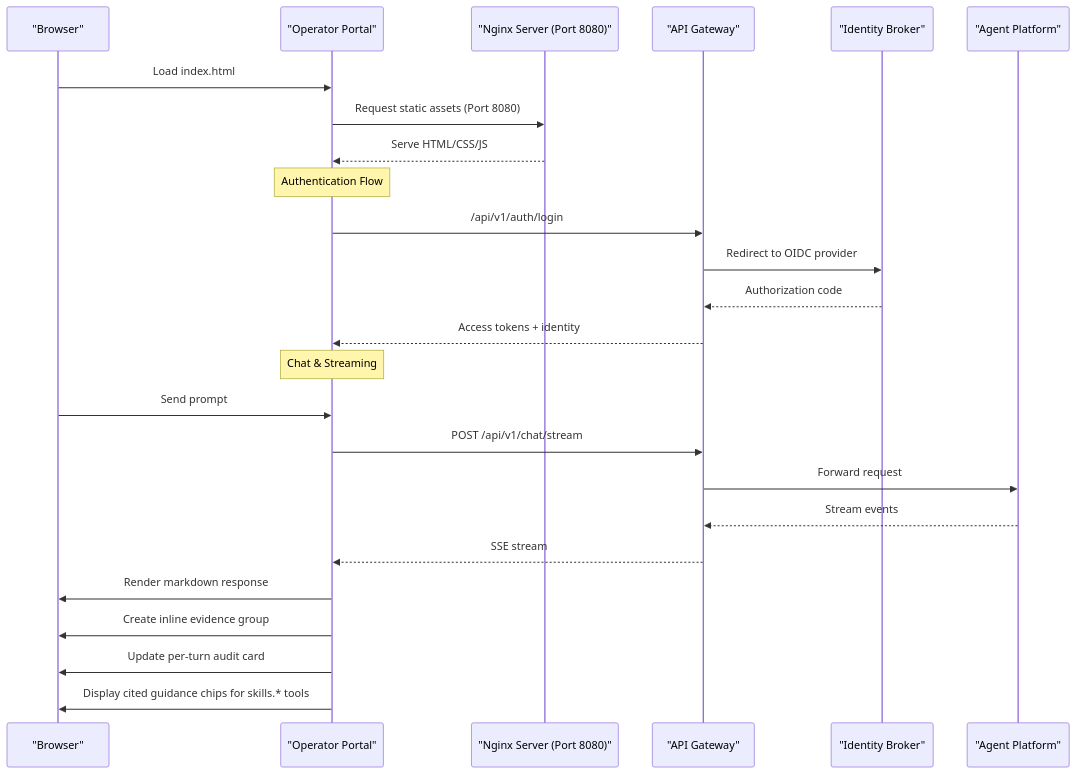
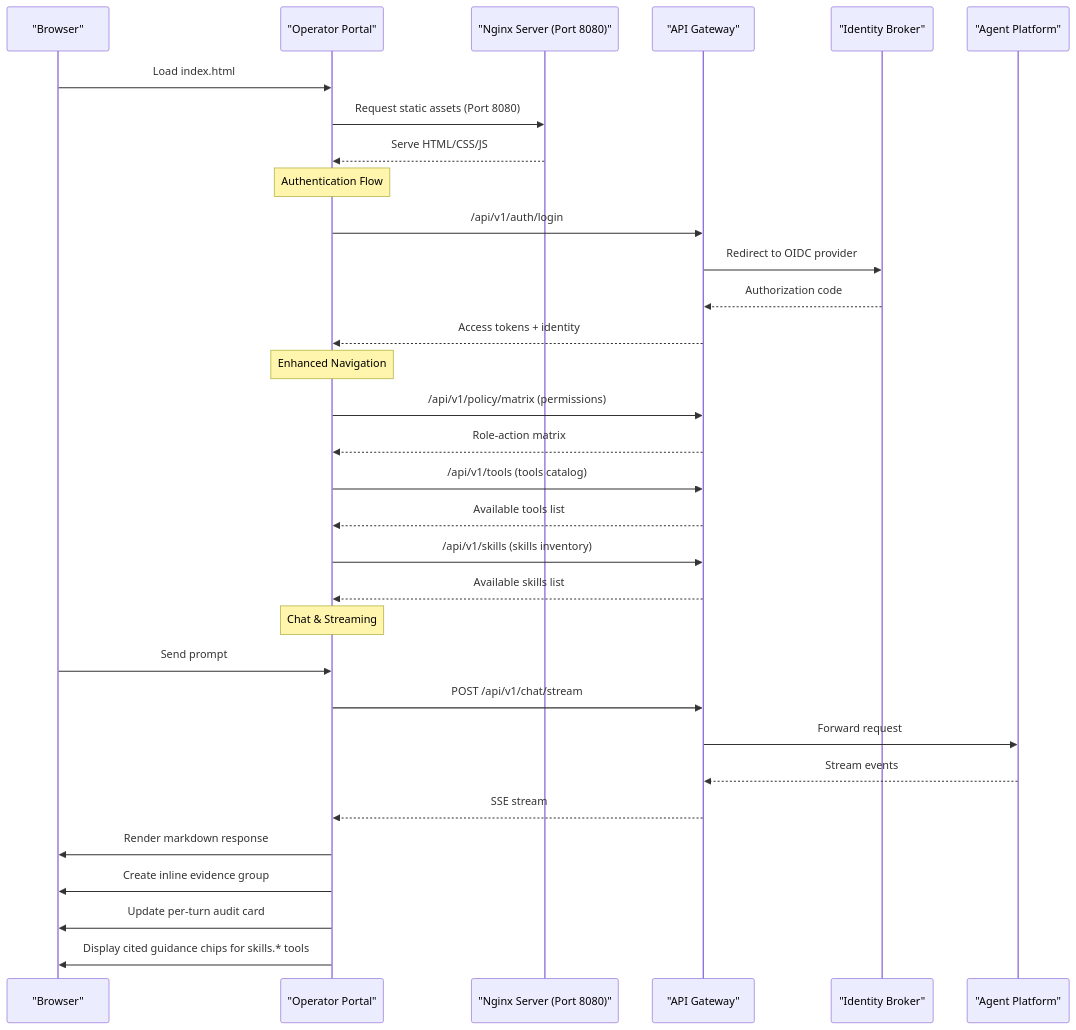
One commit to metasync/luban-aiops changed the second of 2 diagrams in .qoder/repowiki/en/content/Operator Portal.md. Above: the diagram before and after it, drawn with Mermaid. The commit also changed other lines of this file and 26 other files, not shown here.

Commit message:
docs: refresh repowiki knowledge cache for SPEC-019 portal transparency and navigation

````diff
--- a/.qoder/repowiki/en/content/Operator Portal.md
+++ b/.qoder/repowiki/en/content/Operator Portal.md
@@ -132,27 +142,34 @@
 ```mermaid
 sequenceDiagram
 participant User as "Browser"
 participant Portal as "Operator Portal"
 participant Nginx as "Nginx Server (Port 8080)"
 participant Gateway as "API Gateway"
 participant Identity as "Identity Broker"
 participant Agent as "Agent Platform"
 User->>Portal : Load index.html
 Portal->>Nginx : Request static assets (Port 8080)
 Nginx-->>Portal : Serve HTML/CSS/JS
 Note over Portal : Authentication Flow
 Portal->>Gateway : /api/v1/auth/login
 Gateway->>Identity : Redirect to OIDC provider
 Identity-->>Gateway : Authorization code
 Gateway-->>Portal : Access tokens + identity
+Note over Portal : Enhanced Navigation
+Portal->>Gateway : /api/v1/policy/matrix (permissions)
+Gateway-->>Portal : Role-action matrix
+Portal->>Gateway : /api/v1/tools (tools catalog)
+Gateway-->>Portal : Available tools list
+Portal->>Gateway : /api/v1/skills (skills inventory)
+Gateway-->>Portal : Available skills list
 Note over Portal : Chat & Streaming
 User->>Portal : Send prompt
 Portal->>Gateway : POST /api/v1/chat/stream
 Gateway->>Agent : Forward request
 Agent-->>Gateway : Stream events
 Gateway-->>Portal : SSE stream
 Portal->>User : Render markdown response
 Portal->>User : Create inline evidence group
 Portal->>User : Update per-turn audit card
 Portal->>User : Display cited guidance chips for skills.* tools
 ```
````
